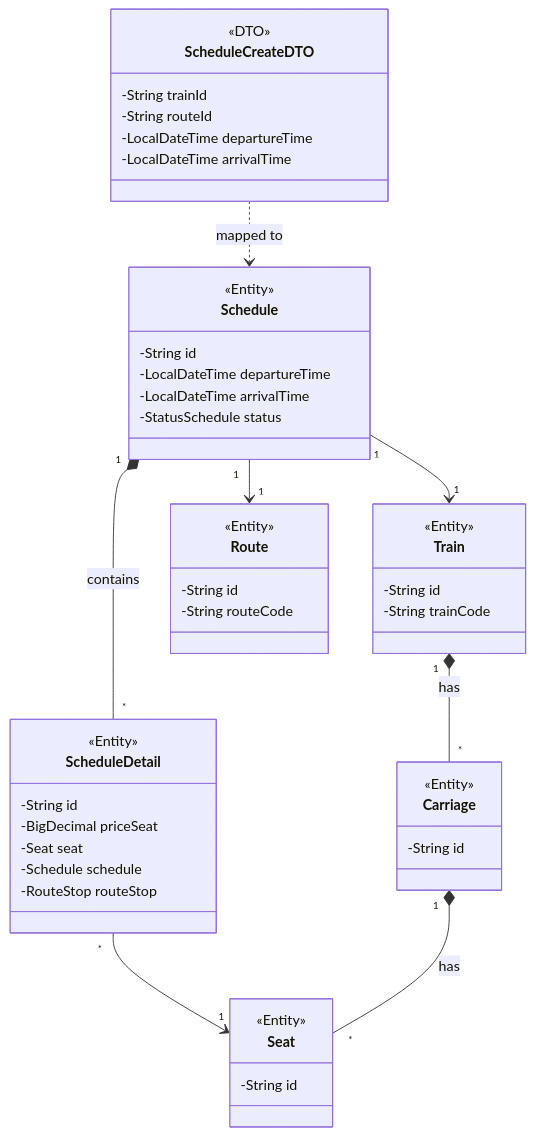
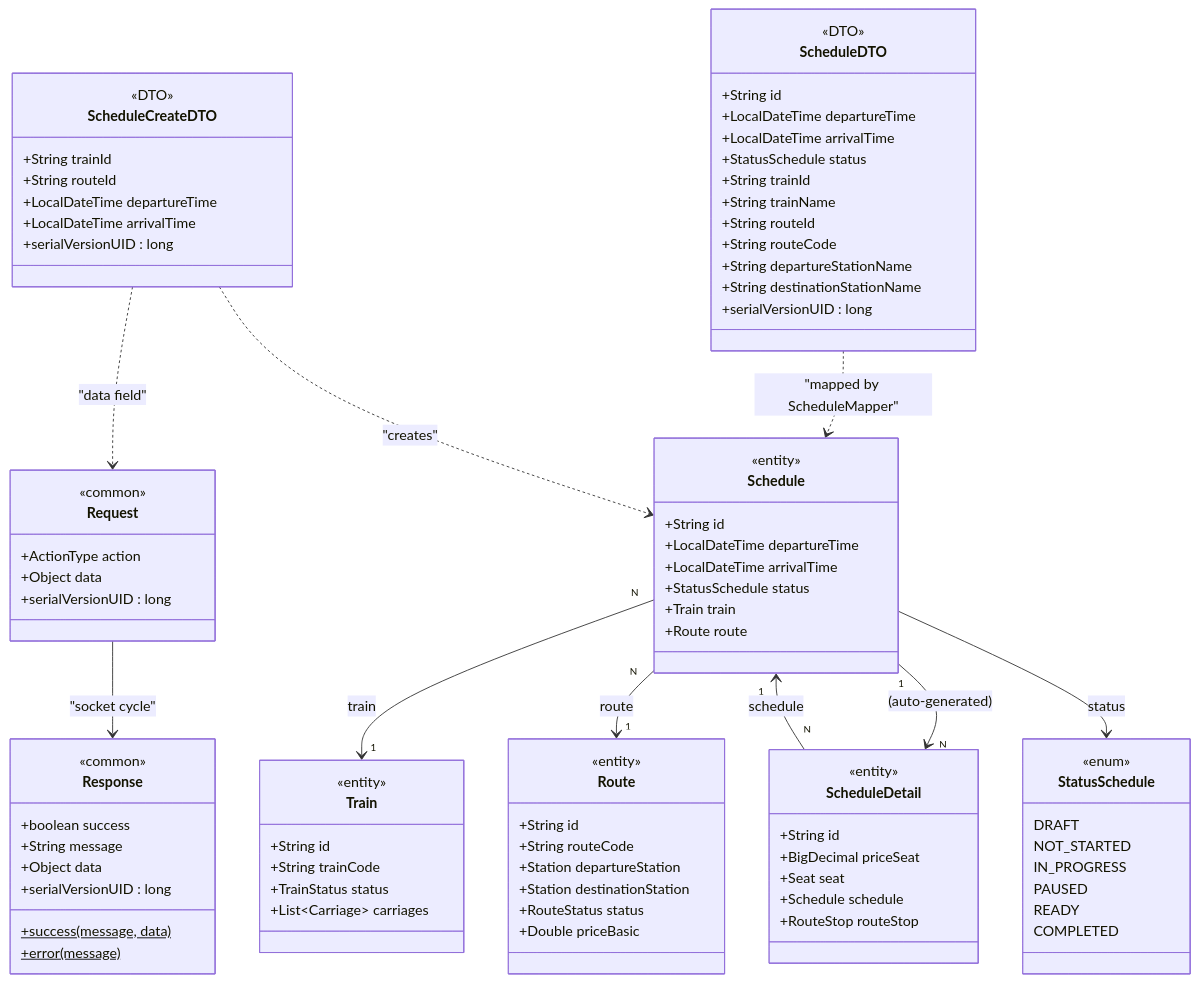
One commit to Distributed-Programing-Project/railway-reservation-system-server changed the third of 3 diagrams in docs/diagrams/sequence/uc006-tao-lich-trinh-tau.md. Above: the diagram before and after it, drawn with Mermaid. The commit also changed other lines of this file and 1 other file, not shown here.

First line of the commit message:
chore(docs): update uc006 usecase doc and sequence diagram

````diff
--- a/docs/diagrams/sequence/uc006-tao-lich-trinh-tau.md
+++ b/docs/diagrams/sequence/uc006-tao-lich-trinh-tau.md
@@ -103,56 +142,99 @@
 classDiagram
     class ScheduleCreateDTO {
         <<DTO>>
-        -String trainId
-        -String routeId
-        -LocalDateTime departureTime
-        -LocalDateTime arrivalTime
+        +String trainId
+        +String routeId
+        +LocalDateTime departureTime
+        +LocalDateTime arrivalTime
+        +serialVersionUID : long
+    }
+
+    class ScheduleDTO {
+        <<DTO>>
+        +String id
+        +LocalDateTime departureTime
+        +LocalDateTime arrivalTime
+        +StatusSchedule status
+        +String trainId
+        +String trainName
+        +String routeId
+        +String routeCode
+        +String departureStationName
+        +String destinationStationName
+        +serialVersionUID : long
     }
 
     class Schedule {
-        <<Entity>>
-        -String id
-        -LocalDateTime departureTime
-        -LocalDateTime arrivalTime
-        -StatusSchedule status
+        <<entity>>
+        +String id
+        +LocalDateTime departureTime
+        +LocalDateTime arrivalTime
+        +StatusSchedule status
+        +Train train
+        +Route route
     }
 
     class ScheduleDetail {
-        <<Entity>>
-        -String id
-        -BigDecimal priceSeat
-        -Seat seat
-        -Schedule schedule
-        -RouteStop routeStop
+        <<entity>>
+        +String id
+        +BigDecimal priceSeat
+        +Seat seat
+        +Schedule schedule
+        +RouteStop routeStop
     }
 
     class Train {
-        <<Entity>>
-        -String id
-        -String trainCode
+        <<entity>>
+        +String id
+        +String trainCode
+        +TrainStatus status
+        +List~Carriage~ carriages
     }
 
     class Route {
-        <<Entity>>
-        -String id
-        -String routeCode
+        <<entity>>
+        +String id
+        +String routeCode
+        +Station departureStation
+        +Station destinationStation
+        +RouteStatus status
+        +Double priceBasic
     }
 
-    class Carriage {
-        <<Entity>>
-        -String id
+    class StatusSchedule {
+        <<enum>>
+        DRAFT
+        NOT_STARTED
+        IN_PROGRESS
+        PAUSED
+        READY
+        COMPLETED
     }
 
-    class Seat {
-        <<Entity>>
-        -String id
+    class Request {
+        <<common>>
+        +ActionType action
+        +Object data
+        +serialVersionUID : long
     }
 
-    ScheduleCreateDTO ..> Schedule : mapped to
-    Schedule "1" --> "1" Train
-    Schedule "1" --> "1" Route
-    Schedule "1" *-- "*" ScheduleDetail : contains
-    ScheduleDetail "*" --> "1" Seat
-    Train "1" *-- "*" Carriage : has
-    Carriage "1" *-- "*" Seat : has
+    class Response {
+        <<common>>
+        +boolean success
+        +String message
+        +Object data
+        +serialVersionUID : long
+        +success(message, data)$
+        +error(message)$
+    }
+
+    ScheduleCreateDTO ..> Request : "data field"
+    Request --> Response : "socket cycle"
+    Schedule "N" --> "1" Train : train
+    Schedule "N" --> "1" Route : route
+    Schedule "1" --> "N" ScheduleDetail : (auto-generated)
+    ScheduleDetail "N" --> "1" Schedule : schedule
+    Schedule --> StatusSchedule : status
+    ScheduleDTO ..> Schedule : "mapped by ScheduleMapper"
+    ScheduleCreateDTO ..> Schedule : "creates"
 ```
````
